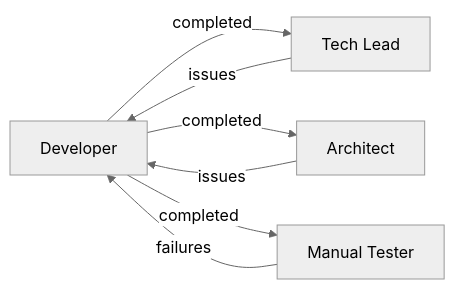
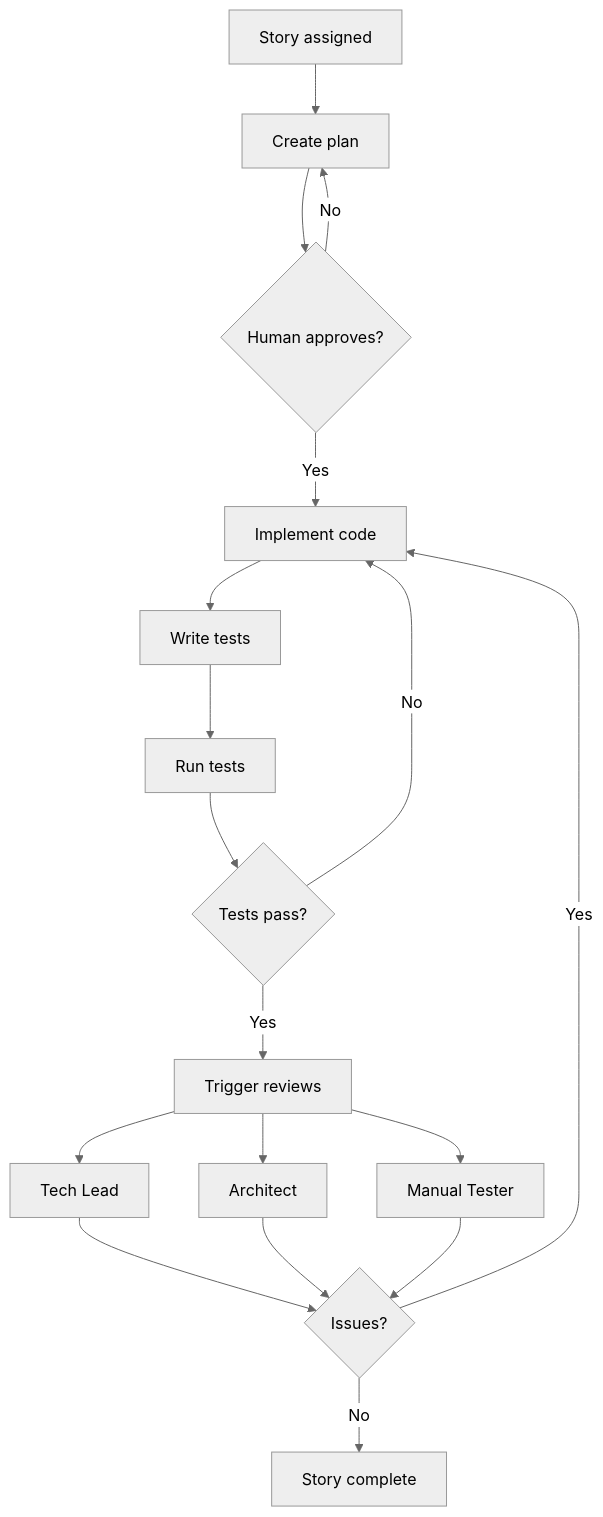
Before and after one commit to dosht/claude-team: the diagram in new_team/commands/developer.md, drawn with Mermaid (neutral theme). The commit also changed other lines of this file and 30 other files, not shown here.

````diff
--- a/new_team/commands/developer.md
+++ b/new_team/commands/developer.md
@@ -173,9 +314,20 @@
 ```mermaid
-graph LR
-  DEV[Developer] -->|completed| TL[Tech Lead]
-  DEV -->|completed| ARCH[Architect]
-  DEV -->|completed| TEST[Manual Tester]
-  TL -->|issues| DEV
-  ARCH -->|issues| DEV
-  TEST -->|failures| DEV
+graph TB
+  A[Story assigned] --> B[Create plan]
+  B --> C{Human approves?}
+  C -->|No| B
+  C -->|Yes| D[Implement code]
+  D --> E[Write tests]
+  E --> F[Run tests]
+  F --> G{Tests pass?}
+  G -->|No| D
+  G -->|Yes| H[Trigger reviews]
+  H --> I[Tech Lead]
+  H --> J[Architect]
+  H --> K[Manual Tester]
+  I --> L{Issues?}
+  J --> L
+  K --> L
+  L -->|Yes| D
+  L -->|No| M[Story complete]
 ```
````
